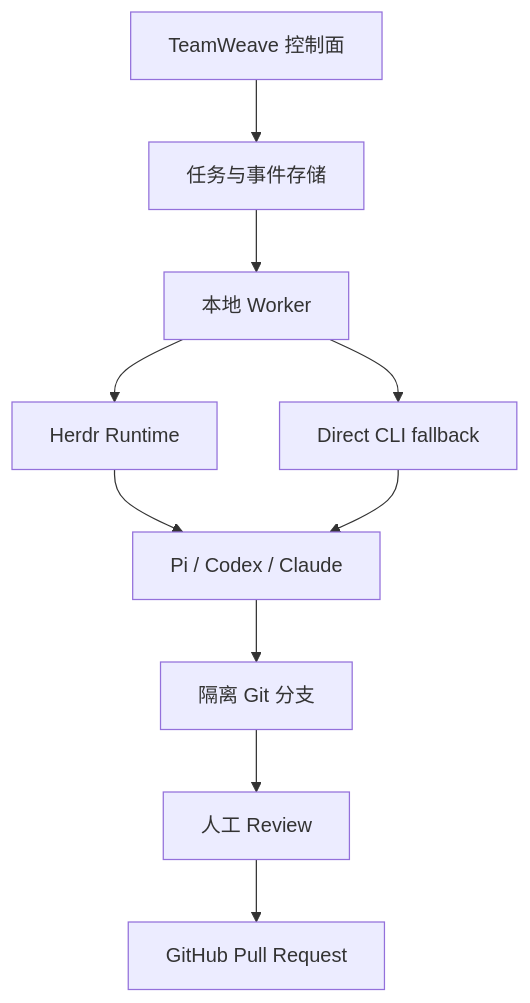
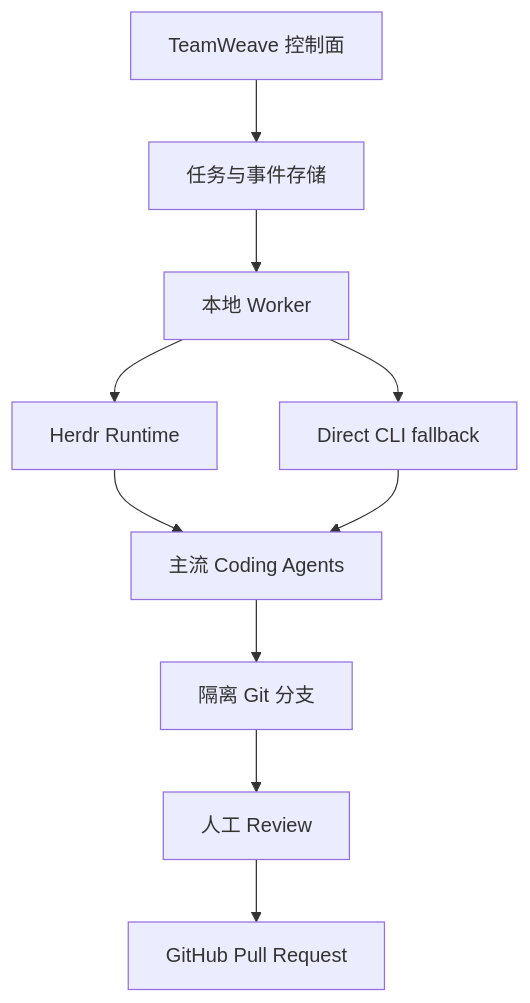
The diagram in README.md (Jhonwivk/TeamWeave), drawn with Mermaid before and after one commit. The commit also changed other lines of this file and 9 other files, not shown here.

````diff
--- a/README.md
+++ b/README.md
@@ -26,12 +24,12 @@
 ```mermaid
 flowchart TD
     UI[TeamWeave 控制面] --> CP[任务与事件存储]
     CP --> W[本地 Worker]
     W --> H[Herdr Runtime]
     W --> D[Direct CLI fallback]
-    H --> A[Pi / Codex / Claude]
+    H --> A[主流 Coding Agents]
     D --> A
     A --> G[隔离 Git 分支]
     G --> R[人工 Review]
     R --> P[GitHub Pull Request]
 ```
````
